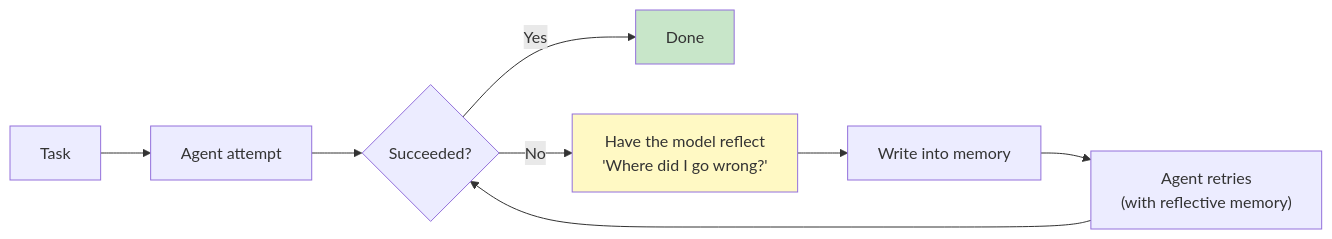
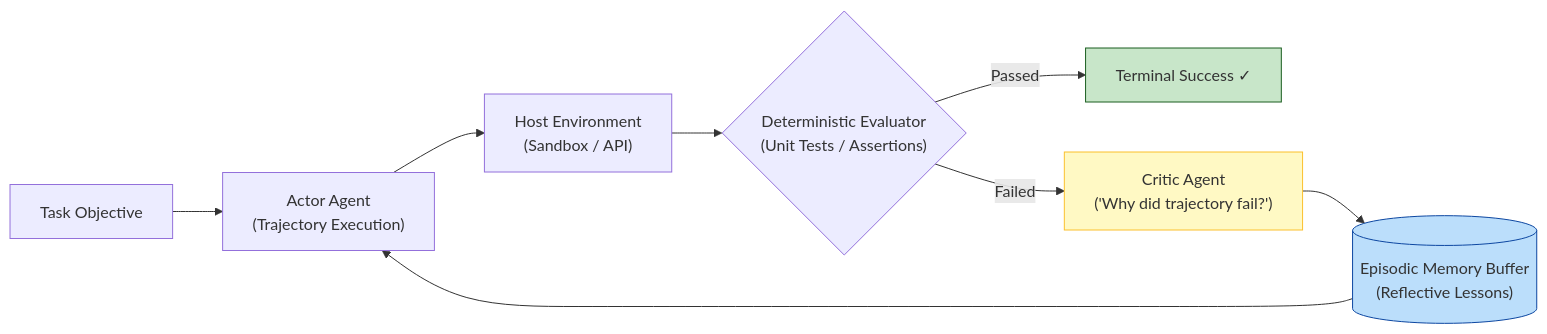
The fourth of 8 diagrams in en/chapters/11-agents.md (yingwang/thinking-in-llm), drawn with Mermaid before and after one commit. The commit also changed other lines of this file and 31 other files, not shown here.

````diff
--- a/en/chapters/11-agents.md
+++ b/en/chapters/11-agents.md
@@ -336,13 +254,16 @@
 ```mermaid
 flowchart LR
-    T["Task"] --> A1["Agent attempt"]
-    A1 --> R1{"Succeeded?"}
-    R1 -->|Yes| OK["Done"]
-    R1 -->|No| Critic["Have the model reflect<br>'Where did I go wrong?'"]
-    Critic --> Memory["Write into memory"]
-    Memory --> A2["Agent retries<br>(with reflective memory)"]
-    A2 --> R1
+    Goal["Task Objective"] --> Actor["Actor Agent<br/>(Trajectory Execution)"]
+    Actor --> ExecEnv["Host Environment<br/>(Sandbox / API)"]
+    ExecEnv --> Eval{"Deterministic Evaluator<br/>(Unit Tests / Assertions)"}
+    
+    Eval -->|Passed| Success["Terminal Success ✓"]
+    Eval -->|Failed| Critic["Critic Agent<br/>('Why did trajectory fail?')"]
+    
+    Critic --> MemoryBuffer[("Episodic Memory Buffer<br/>(Reflective Lessons)")]
+    MemoryBuffer --> Actor
 
-    style OK fill:#c8e6c9
-    style Critic fill:#fff9c4
+    style Success fill:#c8e6c9,stroke:#1b5e20
+    style Critic fill:#fff9c4,stroke:#fbc02d
+    style MemoryBuffer fill:#bbdefb,stroke:#0d47a1
 ```
````
